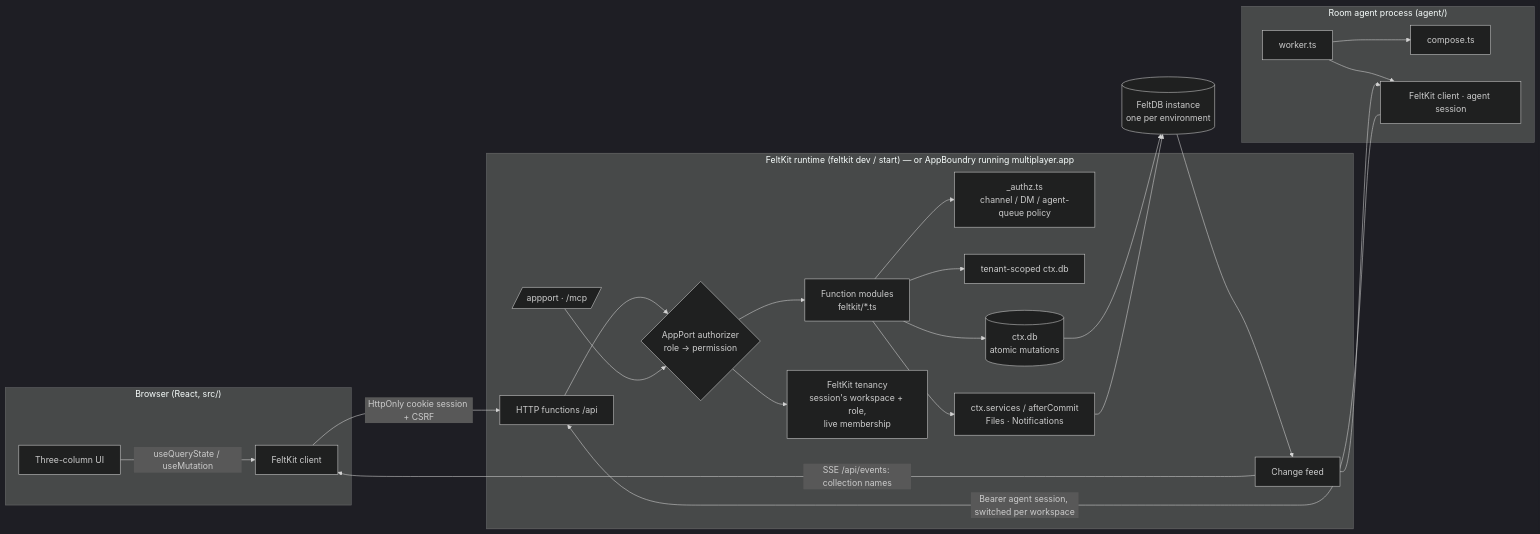
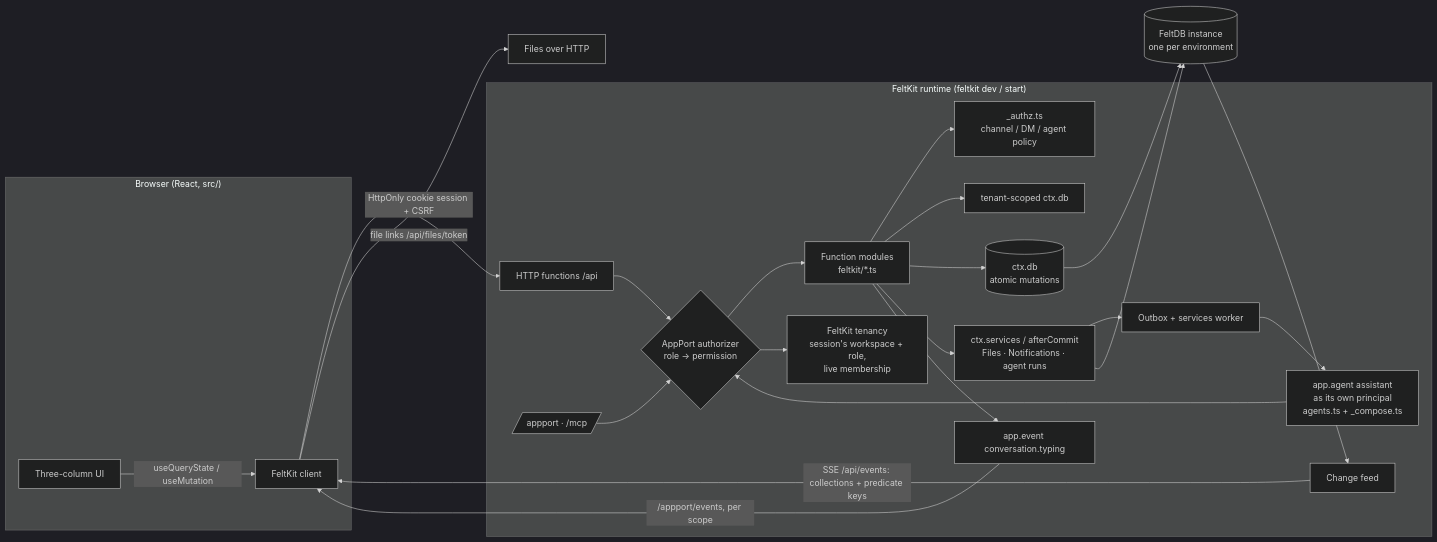
Before and after one commit to rkendel1/workspace: the diagram in docs/ARCHITECTURE.md, drawn with Mermaid (dark theme). The commit also changed other lines of this file and 39 other files, not shown here.

````diff
--- a/docs/ARCHITECTURE.md
+++ b/docs/ARCHITECTURE.md
@@ -5,27 +5,26 @@
 ```mermaid
 flowchart LR
   subgraph Browser["Browser (React, src/)"]
     UI[Three-column UI] -->|useQueryState / useMutation| FKC[FeltKit client]
   end
-  subgraph Agent["Room agent process (agent/)"]
-    W[worker.ts] --> C[compose.ts]
-    W --> AKC[FeltKit client · agent session]
-  end
-  subgraph Runtime["FeltKit runtime (feltkit dev / start) — or AppBoundry running multiplayer.app"]
+  subgraph Runtime["FeltKit runtime (feltkit dev / start)"]
     H[HTTP functions /api] --> AUTH{AppPort authorizer<br/>role → permission}
     AP[/appport · /mcp/] --> AUTH
     AUTH --> FN[Function modules<br/>feltkit/*.ts]
     AUTH --> TEN[FeltKit tenancy<br/>session's workspace + role,<br/>live membership]
-    FN --> AZ[_authz.ts<br/>channel / DM / agent-queue policy]
+    FN --> AZ[_authz.ts<br/>channel / DM / agent policy]
     FN --> TS[tenant-scoped ctx.db]
     FN --> DB[(ctx.db<br/>atomic mutations)]
-    FN --> SVC[ctx.services / afterCommit<br/>Files · Notifications]
-    CF[Change feed] -->|SSE /api/events: collection names| FKC
-    CF --> AKC
+    FN --> SVC[ctx.services / afterCommit<br/>Files · Notifications · agent runs]
+    SVC --> OB[Outbox + services worker] --> AG[app.agent assistant<br/>as its own principal<br/>agents.ts + _compose.ts]
+    AG --> AUTH
+    FN --> EV[app.event conversation.typing]
+    CF[Change feed] -->|SSE /api/events: collections + predicate keys| FKC
+    EV -->|/appport/events, per scope| FKC
   end
   FKC -->|HttpOnly cookie session + CSRF| H
-  AKC -->|Bearer agent session, switched per workspace| H
+  FKC -->|file links /api/files/token| FL[Files over HTTP]
   DB --> F[(FeltDB instance<br/>one per environment)]
   SVC --> F
   F --> CF
 ```
````
